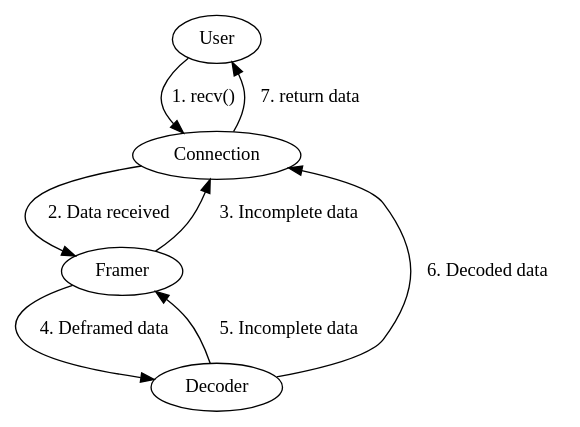
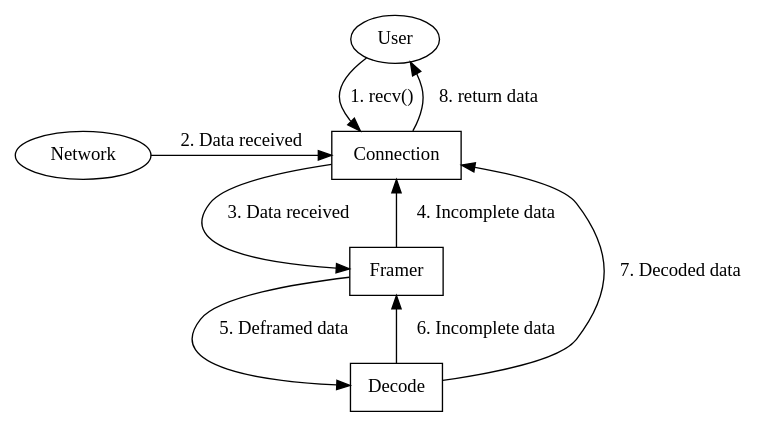
Before and after one commit to themadprofessor/l4_project: the diagram in dissertation/diagrams/recv.dot, drawn with Graphviz. The commit also changed 4 other files, not shown here.

```diff
--- a/dissertation/diagrams/recv.dot
+++ b/dissertation/diagrams/recv.dot
@@ -1,14 +1,19 @@
 digraph {
-    user [label=User];
-    conn [label=Connection];
-    framer [label=Framer];
-    decode [label=Decoder];
+    user [label=User, group=g1];
+    framer [label=Framer, shape=box, group=g1];
+    decode [label=Decode, shape=box, group=g1];
+    subgraph {
+        graph [rank=same];
+        conn [label=Connection, shape=box, group=g1];
+        net [label=Network, shpape=Msquare];
+    }
 
+    decode -> conn [label="7. Decoded data"];
     user -> conn [label="1. recv()"];
-    conn -> framer [label="2. Data received"];
-    framer -> conn [label="3. Incomplete data"];
-    framer -> decode [label="4. Deframed data"];
-    decode -> framer [label="5. Incomplete data"];
-    decode -> conn [label="6. Decoded data"];
-    conn -> user [label="7. return data"];
+    net -> conn [label="2. Data received"];
+    conn -> framer [label="3. Data received"];
+    framer -> conn [label="4. Incomplete data", weight=2];
+    framer -> decode [label="5. Deframed data"];
+    decode -> framer [label="6. Incomplete data"];
+    conn -> user [label="8. return data"];
 }
```
